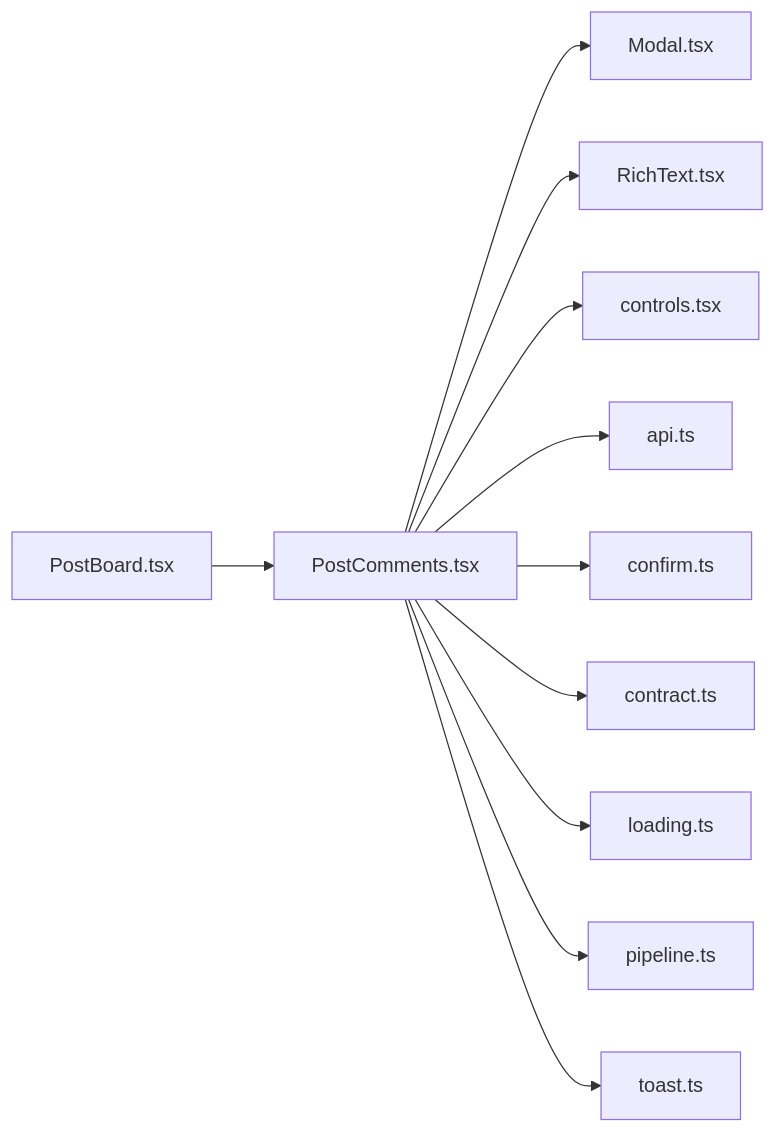
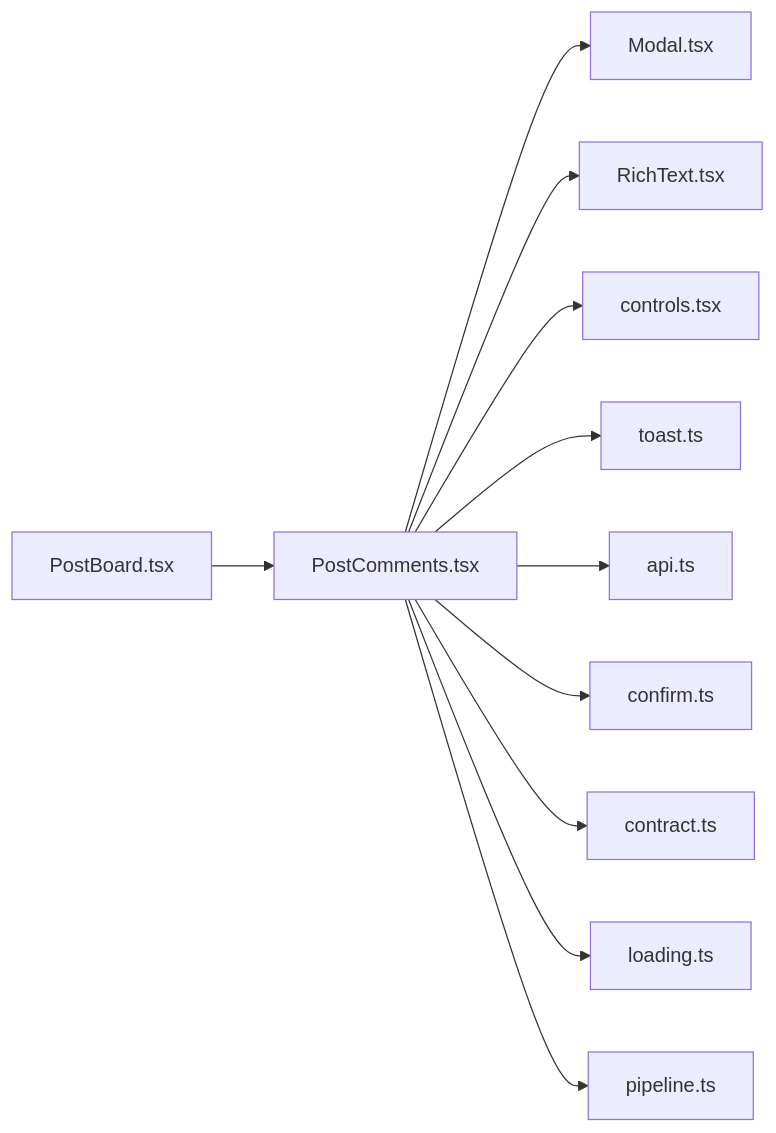
Before and after one commit to minkong-dev/Banblit: the diagram in .cluedoc/graph/frontend/src/components/PostComments.md, drawn with Mermaid. The commit also changed other lines of this file and 47 other files, not shown here.

Commit message:
frontend: move toast into components

````diff
--- a/.cluedoc/graph/frontend/src/components/PostComments.md
+++ b/.cluedoc/graph/frontend/src/components/PostComments.md
@@ -10,14 +10,14 @@
 ```mermaid
 flowchart LR
   frontend_src_components_PostComments["PostComments.tsx"]
   frontend_src_components_PostComments --> frontend_src_components_Modal["Modal.tsx"]
   frontend_src_components_PostComments --> frontend_src_components_RichText["RichText.tsx"]
   frontend_src_components_PostComments --> frontend_src_components_controls["controls.tsx"]
+  frontend_src_components_PostComments --> frontend_src_components_toast["toast.ts"]
   frontend_src_components_PostComments --> frontend_src_lib_api["api.ts"]
   frontend_src_components_PostComments --> frontend_src_lib_confirm["confirm.ts"]
   frontend_src_components_PostComments --> frontend_src_lib_contract["contract.ts"]
   frontend_src_components_PostComments --> frontend_src_lib_loading["loading.ts"]
   frontend_src_components_PostComments --> frontend_src_lib_pipeline["pipeline.ts"]
-  frontend_src_components_PostComments --> frontend_src_lib_toast["toast.ts"]
   frontend_src_components_PostBoard["PostBoard.tsx"] --> frontend_src_components_PostComments
 ```
````
